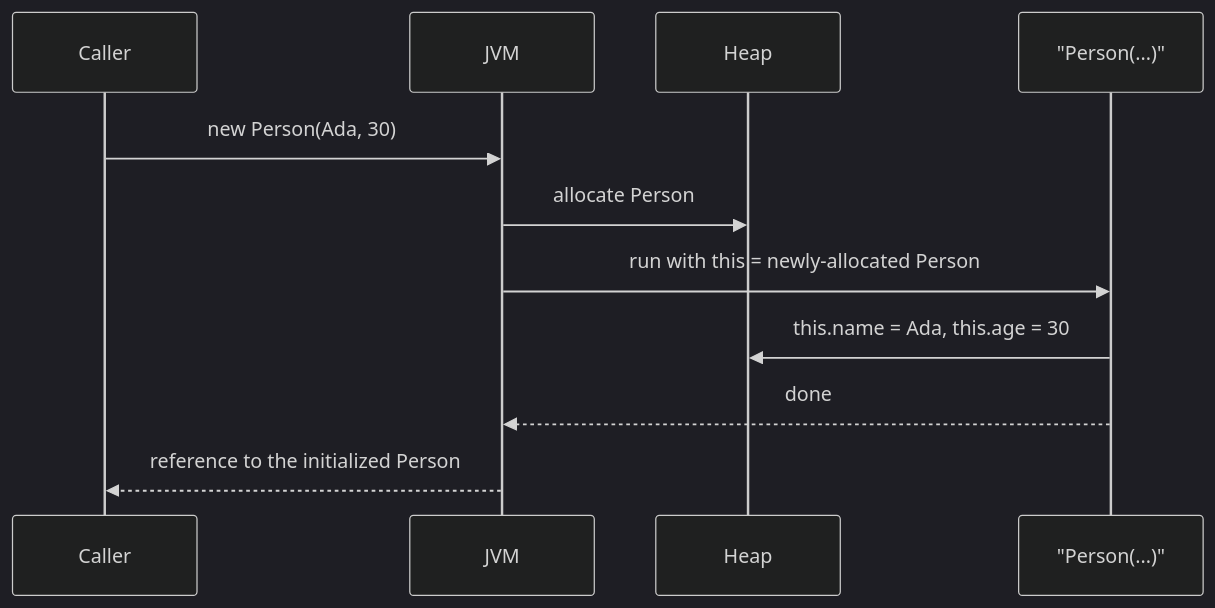
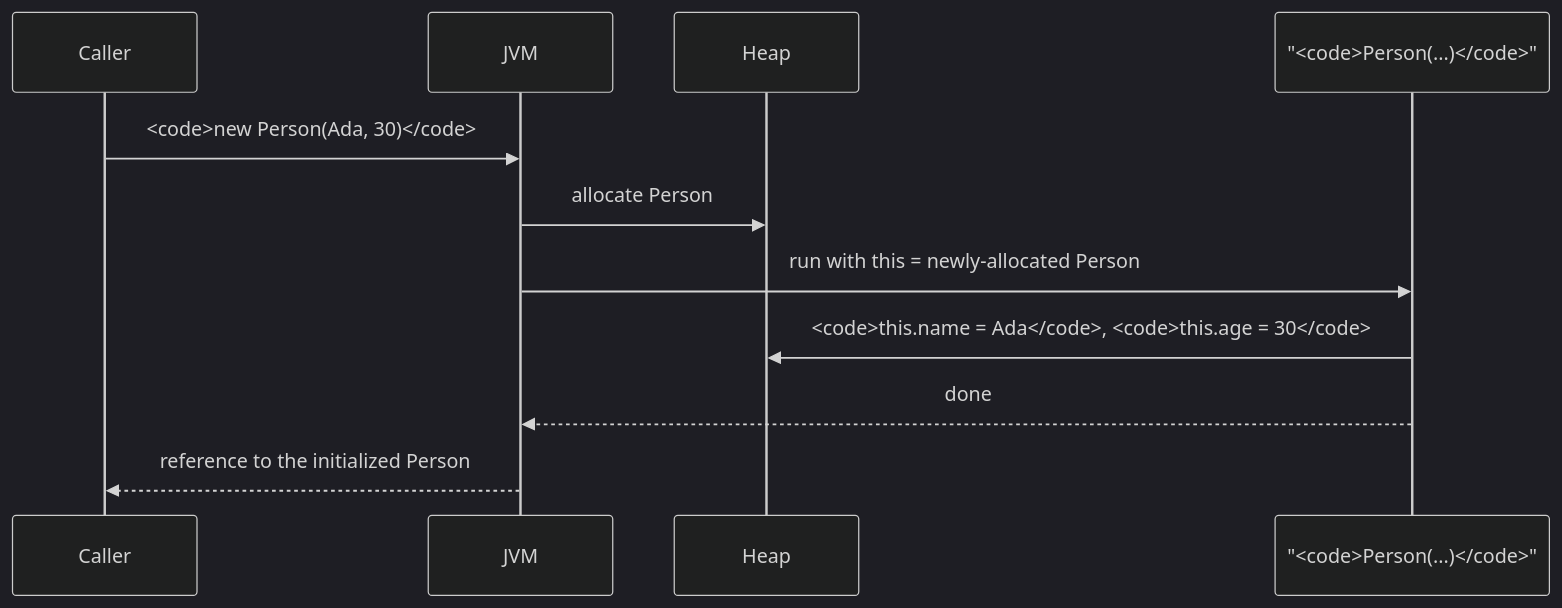
One commit to dataslope/dataslope changed the first of 3 diagrams in content/courses/oop-blueprint-java/constructors-and-state.mdx. Above: the diagram before and after it, drawn with Mermaid (dark theme). The commit also changed other lines of this file and 65 other files, not shown here.

First line of the commit message:
Set code in every mermaid label in the mono face

````diff
--- a/content/courses/oop-blueprint-java/constructors-and-state.mdx
+++ b/content/courses/oop-blueprint-java/constructors-and-state.mdx
@@ -35,14 +35,14 @@
 ```mermaid
 sequenceDiagram
     participant Caller
     participant JVM
     participant Heap
-    participant Constructor as "Person(...)"
+    participant Constructor as "<code>Person(...)</code>"
 
-    Caller->>JVM: new Person(Ada, 30)
+    Caller->>JVM: <code>new Person(Ada, 30)</code>
     JVM->>Heap: allocate Person
     JVM->>Constructor: run with this = newly-allocated Person
-    Constructor->>Heap: this.name = Ada, this.age = 30
+    Constructor->>Heap: <code>this.name = Ada</code>, <code>this.age = 30</code>
     Constructor-->>JVM: done
     JVM-->>Caller: reference to the initialized Person
 ```
````
